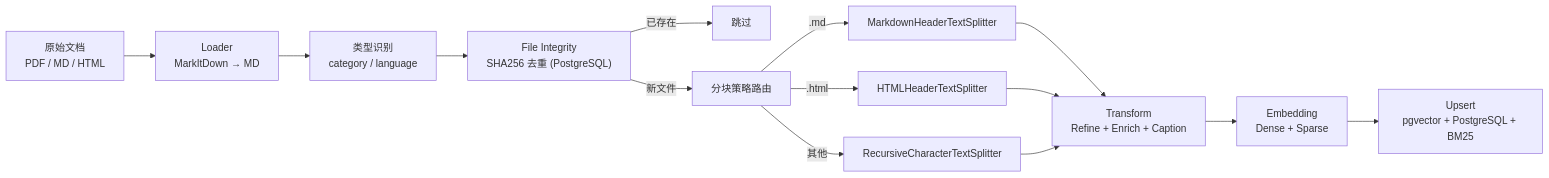
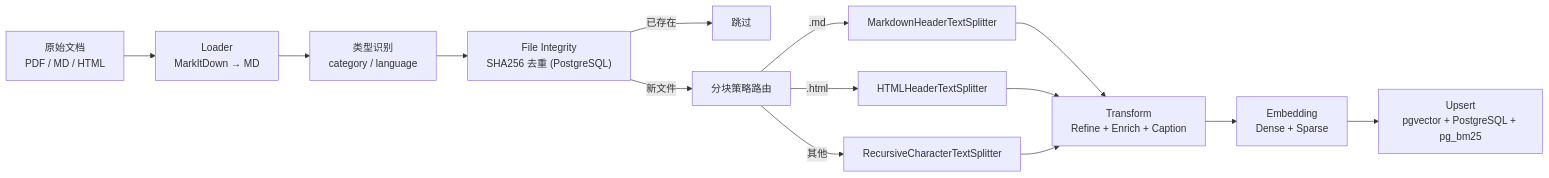
One commit to vic-ai-dev/knowledge-service changed the seventh of 13 diagrams in DEV_SPEC.md. Above: the diagram before and after it, drawn with Mermaid. The commit also changed other lines of this file and 89 other files, not shown here.

````diff
--- a/DEV_SPEC.md
+++ b/DEV_SPEC.md
@@ -264,17 +262,17 @@
 ```mermaid
 flowchart LR
     PDF["原始文档<br/>PDF / MD / HTML"] --> LOAD["Loader<br/>MarkItDown → MD"]
     LOAD --> TYPE["类型识别<br/>category / language"]
     TYPE --> HASH["File Integrity<br/>SHA256 去重 (PostgreSQL)"]
     HASH -->|已存在| SKIP["跳过"]
     HASH -->|新文件| ROUTE["分块策略路由"]
     ROUTE -->|.md| MDSPLIT["MarkdownHeaderTextSplitter"]
     ROUTE -->|.html| HTMLSPLIT["HTMLHeaderTextSplitter"]
     ROUTE -->|其他| DEFAULT["RecursiveCharacterTextSplitter"]
     MDSPLIT --> TRANS
     HTMLSPLIT --> TRANS
     DEFAULT --> TRANS
     TRANS["Transform<br/>Refine + Enrich + Caption"]
     TRANS --> EMBED["Embedding<br/>Dense + Sparse"]
-    EMBED --> UPSERT["Upsert<br/>pgvector + PostgreSQL + BM25"]
+    EMBED --> UPSERT["Upsert<br/>pgvector + PostgreSQL + pg_bm25"]
 ```
````
